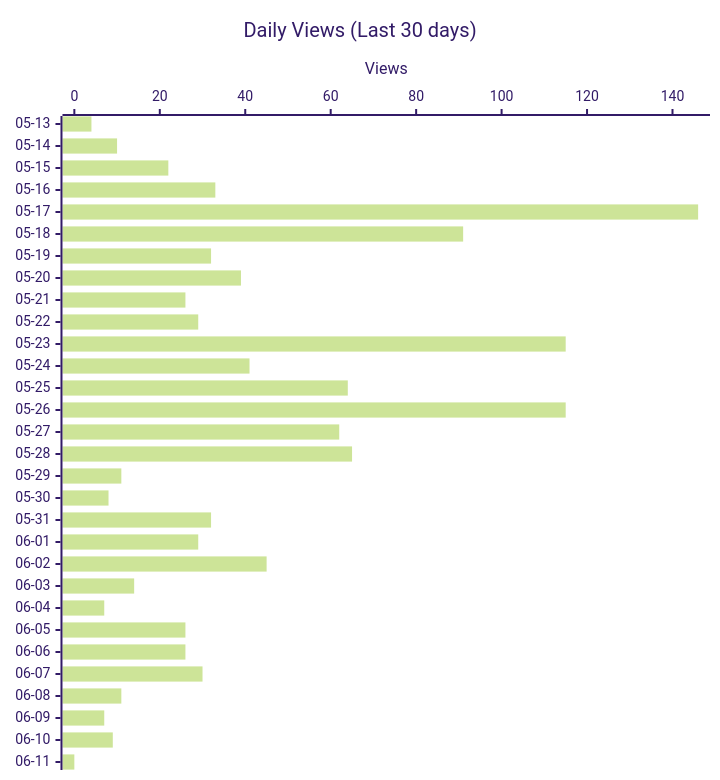
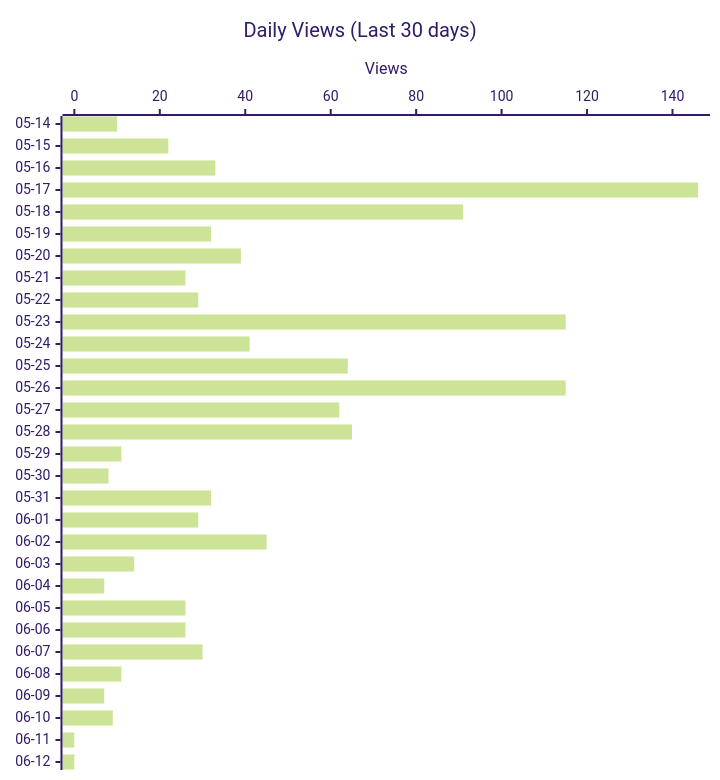
One commit to shigechika/github-insights changed the second of 3 diagrams in README.md. Above: the diagram before and after it, drawn with Mermaid (forest theme). The commit also changed other lines of this file and 2 other files, not shown here.

````diff
--- a/README.md
+++ b/README.md
@@ -28,12 +28,12 @@
 ```mermaid
 ---
 config:
   xyChart:
     height: 760
 ---
 xychart-beta horizontal
     title "Daily Views (Last 30 days)"
-    x-axis ["05-13", "05-14", "05-15", "05-16", "05-17", "05-18", "05-19", "05-20", "05-21", "05-22", "05-23", "05-24", "05-25", "05-26", "05-27", "05-28", "05-29", "05-30", "05-31", "06-01", "06-02", "06-03", "06-04", "06-05", "06-06", "06-07", "06-08", "06-09", "06-10", "06-11"]
+    x-axis ["05-14", "05-15", "05-16", "05-17", "05-18", "05-19", "05-20", "05-21", "05-22", "05-23", "05-24", "05-25", "05-26", "05-27", "05-28", "05-29", "05-30", "05-31", "06-01", "06-02", "06-03", "06-04", "06-05", "06-06", "06-07", "06-08", "06-09", "06-10", "06-11", "06-12"]
     y-axis "Views"
-    bar [4, 10, 22, 33, 146, 91, 32, 39, 26, 29, 115, 41, 64, 115, 62, 65, 11, 8, 32, 29, 45, 14, 7, 26, 26, 30, 11, 7, 9, 0]
+    bar [10, 22, 33, 146, 91, 32, 39, 26, 29, 115, 41, 64, 115, 62, 65, 11, 8, 32, 29, 45, 14, 7, 26, 26, 30, 11, 7, 9, 0, 0]
 ```
````
